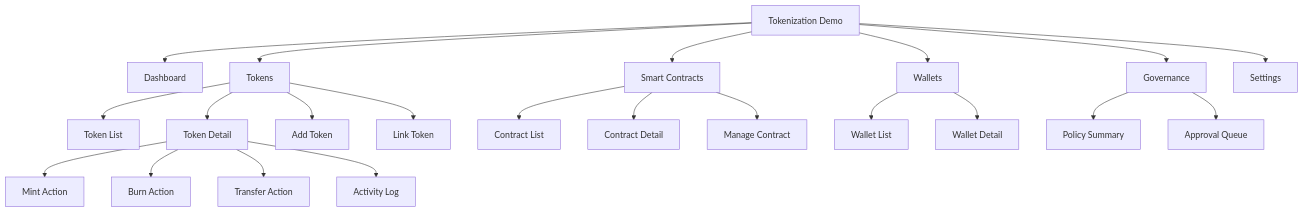
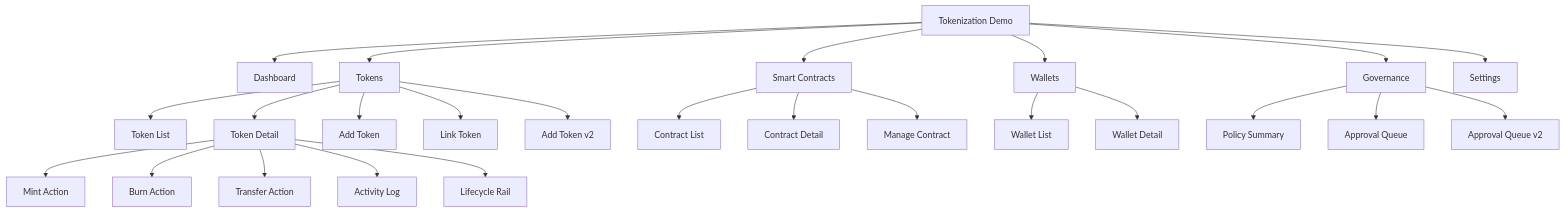
Before and after one commit to jaerius/tokenization_demo: the diagram in docs/IA.md, drawn with Mermaid. The commit also changed other lines of this file and 19 other files, not shown here.

````diff
--- a/docs/IA.md
+++ b/docs/IA.md
@@ -20,29 +20,32 @@
 ```mermaid
 flowchart TD
     Root[Tokenization Demo] --> Dashboard
     Root --> Tokens
     Root --> SmartContracts[Smart Contracts]
     Root --> Wallets
     Root --> Governance
     Root --> Settings
 
     Tokens --> TokenList[Token List]
     Tokens --> TokenDetail[Token Detail]
     Tokens --> AddToken[Add Token]
     Tokens --> LinkToken[Link Token]
+    Tokens --> AddTokenV2[Add Token v2]
 
     TokenDetail --> Mint[Mint Action]
     TokenDetail --> Burn[Burn Action]
     TokenDetail --> Transfer[Transfer Action]
     TokenDetail --> Activity[Activity Log]
+    TokenDetail --> LifecycleRail[Lifecycle Rail]
 
     SmartContracts --> ContractList[Contract List]
     SmartContracts --> ContractDetail[Contract Detail]
     SmartContracts --> ManageContract[Manage Contract]
 
     Wallets --> WalletList[Wallet List]
     Wallets --> WalletDetail[Wallet Detail]
 
     Governance --> PolicySummary[Policy Summary]
     Governance --> ApprovalQueue[Approval Queue]
+    Governance --> ApprovalQueueV2[Approval Queue v2]
 ```
````
